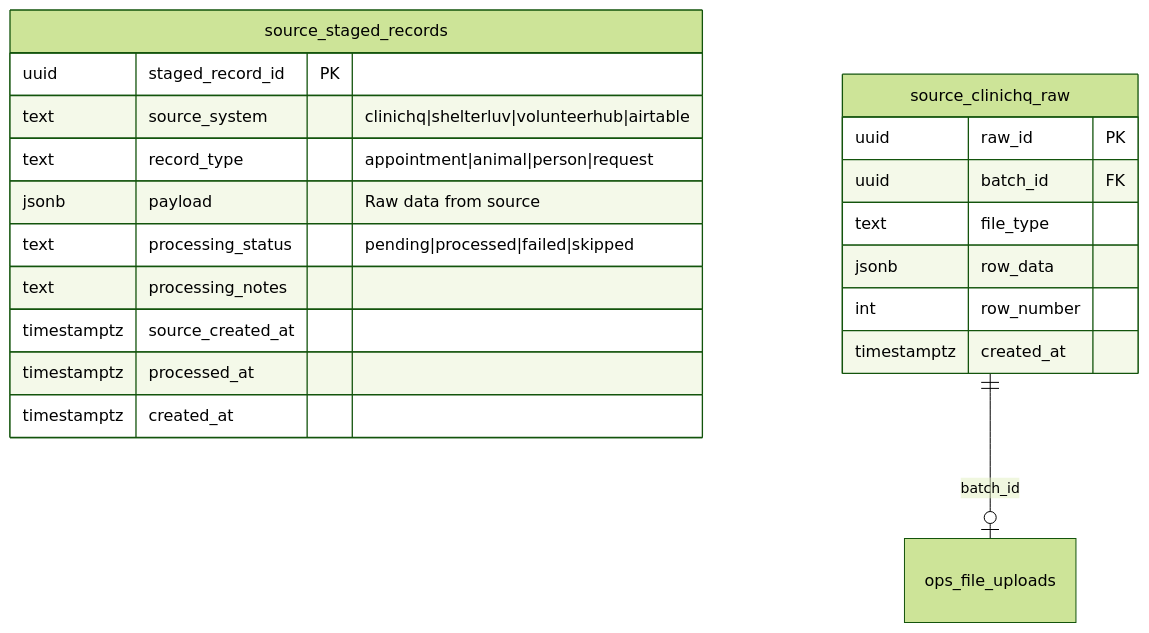
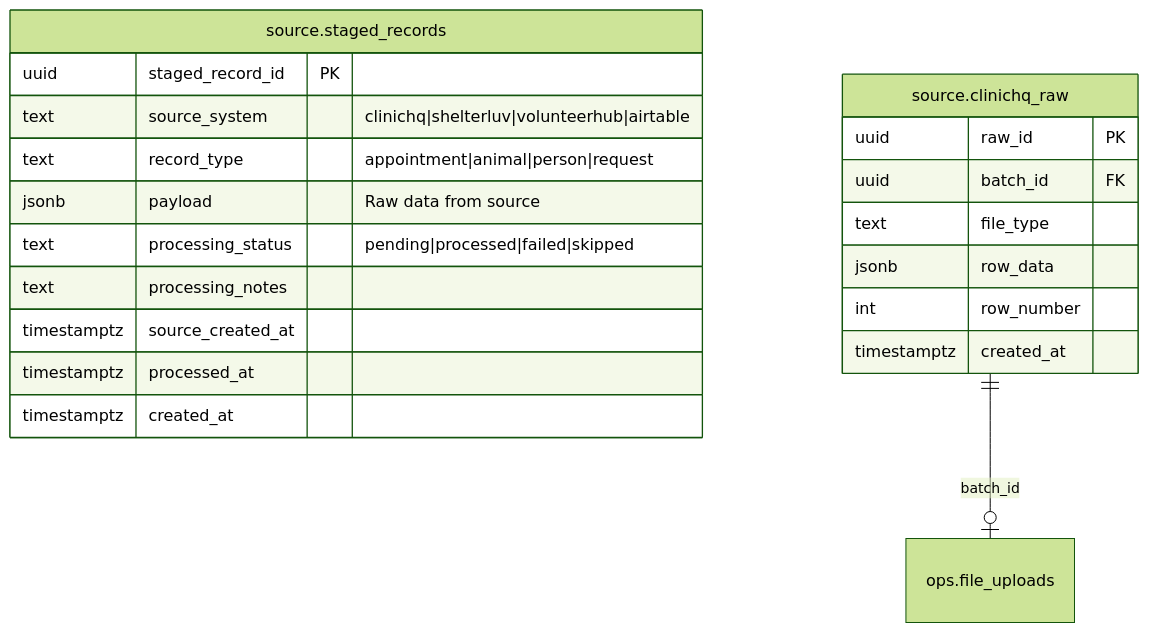
Before and after one commit to benffsc/Atlas: the third of 3 diagrams in docs/visualizations/ENTITY_RELATIONSHIP_DIAGRAM.md, drawn with Mermaid (forest theme). The commit also changed other lines of this file and 64 other files, not shown here.

First line of the commit message:
docs(FFS-652): V1→V2 schema cleanup + archive 8 redundant docs

````diff
--- a/docs/visualizations/ENTITY_RELATIONSHIP_DIAGRAM.md
+++ b/docs/visualizations/ENTITY_RELATIONSHIP_DIAGRAM.md
@@ -331,25 +331,25 @@
 ```mermaid
 erDiagram
-    source_staged_records {
+    source.staged_records {
         uuid staged_record_id PK
         text source_system "clinichq|shelterluv|volunteerhub|airtable"
         text record_type "appointment|animal|person|request"
         jsonb payload "Raw data from source"
         text processing_status "pending|processed|failed|skipped"
         text processing_notes
         timestamptz source_created_at
         timestamptz processed_at
         timestamptz created_at
     }
 
-    source_clinichq_raw {
+    source.clinichq_raw {
         uuid raw_id PK
         uuid batch_id FK
         text file_type
         jsonb row_data
         int row_number
         timestamptz created_at
     }
 
-    source_clinichq_raw ||--o| ops_file_uploads : "batch_id"
+    source.clinichq_raw ||--o| ops.file_uploads : "batch_id"
 ```
````
